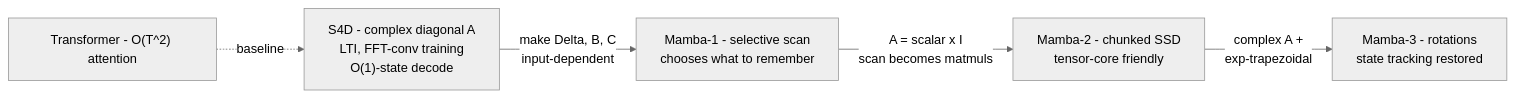
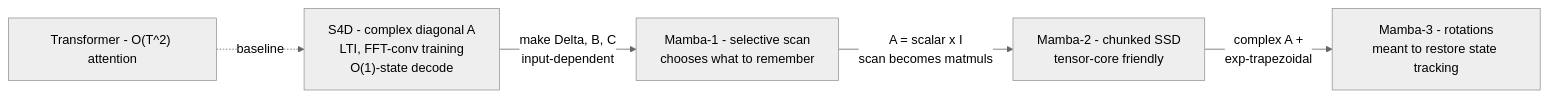
Before and after one commit to vaibhav3000/s4-to-mamba: the first of 2 diagrams in README.md, drawn with Mermaid (neutral theme). The commit also changed other lines of this file, not shown here.

````diff
--- a/README.md
+++ b/README.md
@@ -20,7 +51,7 @@
 ```mermaid
 flowchart LR
     S4D["S4D - complex diagonal A<br/>LTI, FFT-conv training<br/>O(1)-state decode"] -->|"make Delta, B, C<br/>input-dependent"| M1["Mamba-1 - selective scan<br/>chooses what to remember"]
     M1 -->|"A = scalar x I<br/>scan becomes matmuls"| M2["Mamba-2 - chunked SSD<br/>tensor-core friendly"]
-    M2 -->|"complex A +<br/>exp-trapezoidal"| M3["Mamba-3 - rotations<br/>state tracking restored"]
+    M2 -->|"complex A +<br/>exp-trapezoidal"| M3["Mamba-3 - rotations<br/>meant to restore state tracking"]
     T["Transformer - O(T^2) attention"] -.baseline.-> S4D
 ```
````
